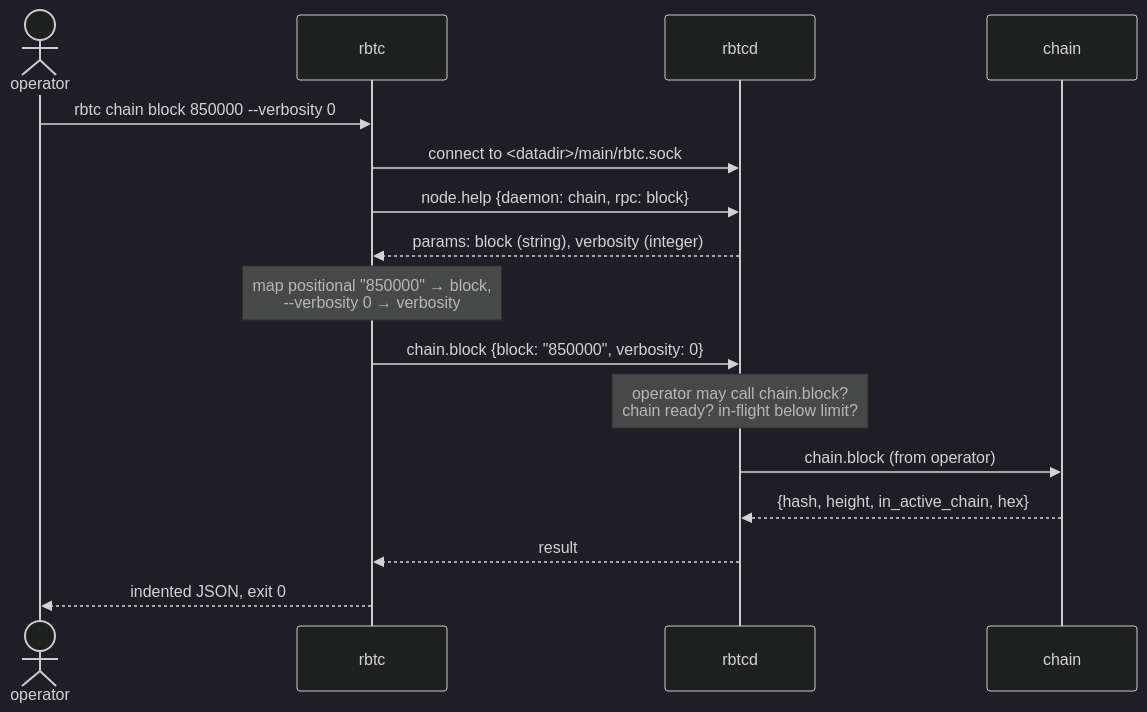
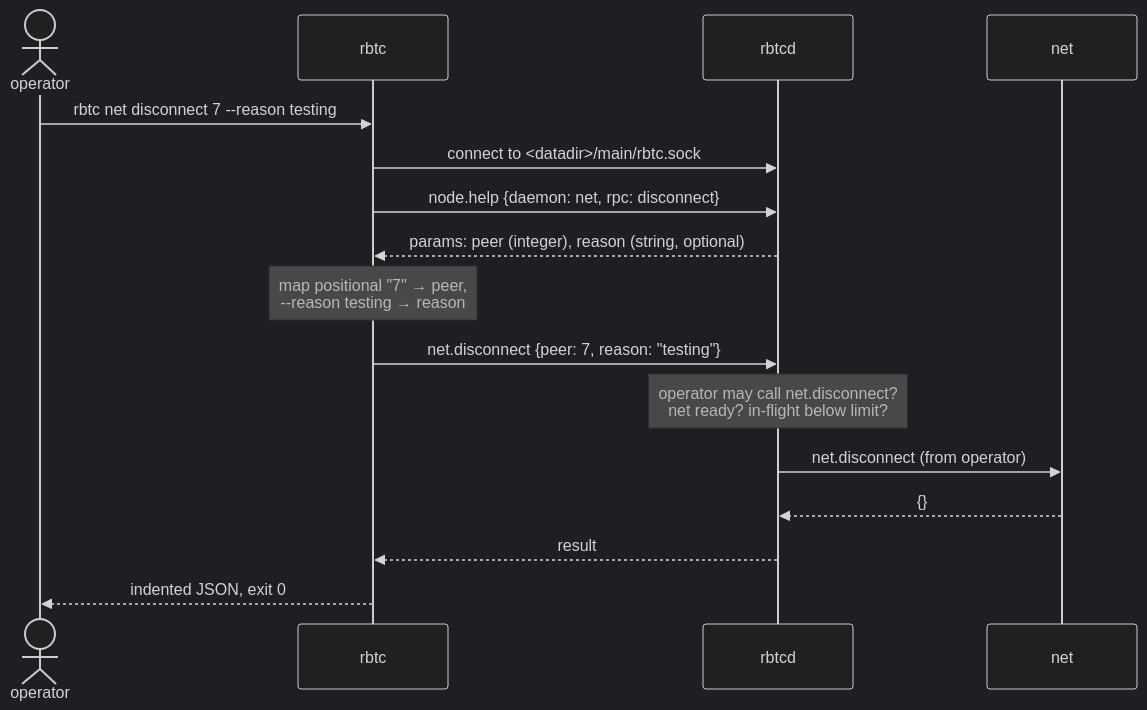
Before and after one commit to RustBTCD/btcd: the diagram in docs/flows/operator-queries.md, drawn with Mermaid (dark theme). The commit also changed other lines of this file and 68 other files, not shown here.

Commit message:
add json schemas

````diff
--- a/docs/flows/operator-queries.md
+++ b/docs/flows/operator-queries.md
@@ -8,18 +8,18 @@
 ```mermaid
 sequenceDiagram
     actor O as operator
     participant CLI as rbtc
     participant M as rbtcd
-    participant C as chain
-    O->>CLI: rbtc chain block 850000 --verbosity 0
+    participant N as net
+    O->>CLI: rbtc net disconnect 7 --reason testing
     CLI->>M: connect to <datadir>/main/rbtc.sock
-    CLI->>M: node.help {daemon: chain, rpc: block}
-    M-->>CLI: params: block (string), verbosity (integer)
-    Note over CLI: map positional "850000" → block,<br/>--verbosity 0 → verbosity
-    CLI->>M: chain.block {block: "850000", verbosity: 0}
-    Note over M: operator may call chain.block?<br/>chain ready? in-flight below limit?
-    M->>C: chain.block (from operator)
-    C-->>M: {hash, height, in_active_chain, hex}
+    CLI->>M: node.help {daemon: net, rpc: disconnect}
+    M-->>CLI: params: peer (integer), reason (string, optional)
+    Note over CLI: map positional "7" → peer,<br/>--reason testing → reason
+    CLI->>M: net.disconnect {peer: 7, reason: "testing"}
+    Note over M: operator may call net.disconnect?<br/>net ready? in-flight below limit?
+    M->>N: net.disconnect (from operator)
+    N-->>M: {}
     M-->>CLI: result
     CLI-->>O: indented JSON, exit 0
 ```
````
